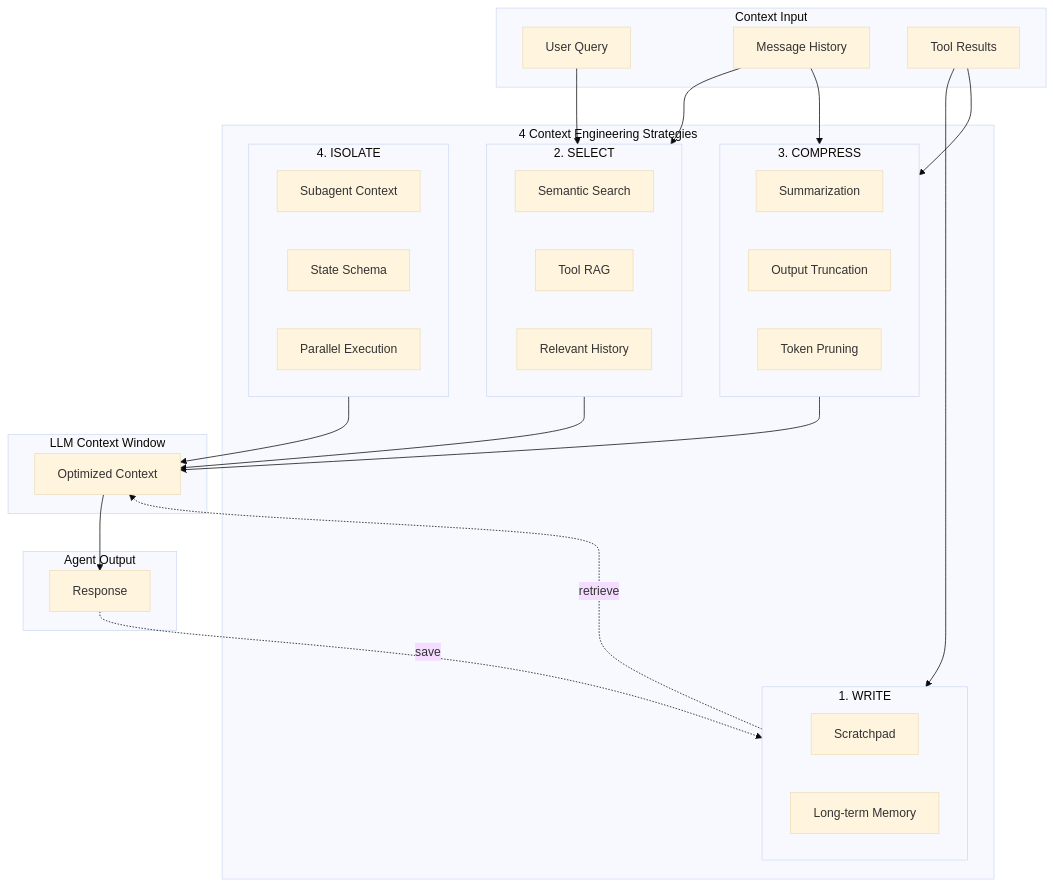
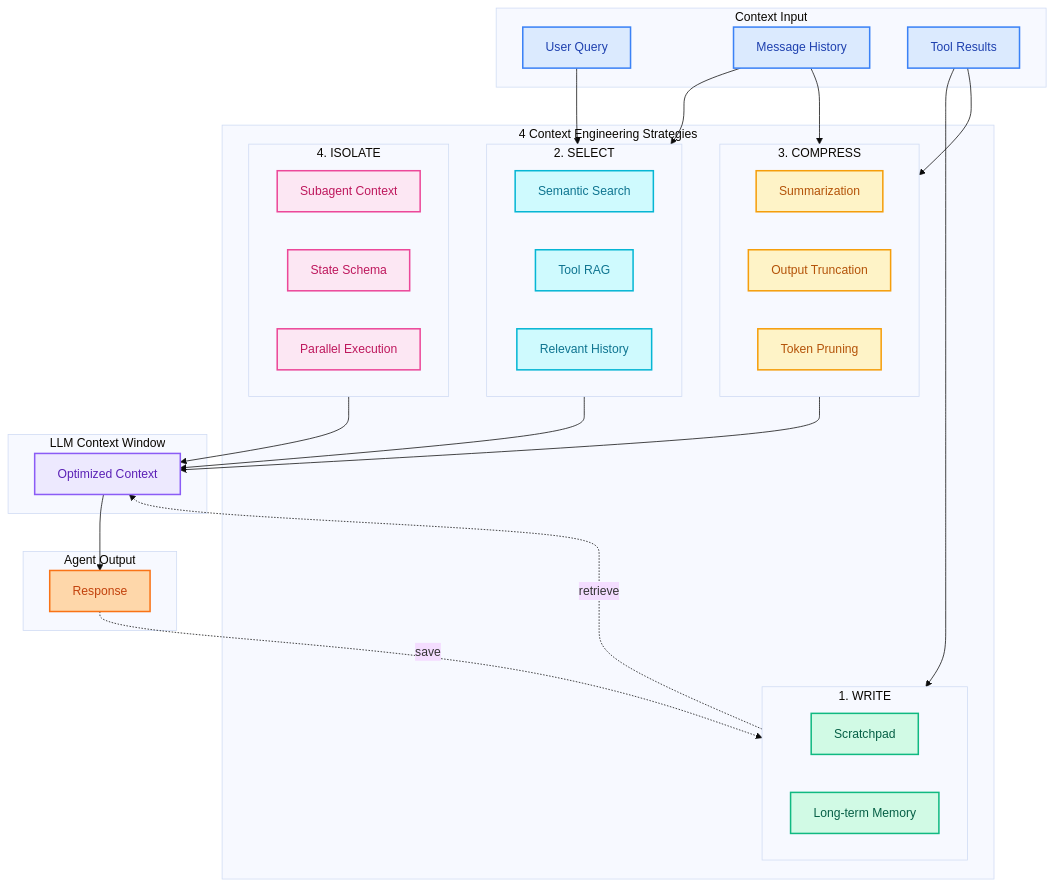
The diagram in docs/assets/diagrams/future_improvements/context_engineering.mmd (mhokchuekchuek/mtl_agent), drawn with Mermaid (base theme) before and after one commit. The commit also changed 10 other files, not shown here.

Commit message:
docs: update mermaid diagram files

```diff
--- a/docs/assets/diagrams/future_improvements/context_engineering.mmd
+++ b/docs/assets/diagrams/future_improvements/context_engineering.mmd
@@ -1,53 +1,69 @@
 flowchart TB
     subgraph Input["Context Input"]
         Q[User Query]
         H[Message History]
         T[Tool Results]
     end
 
     subgraph Strategies["4 Context Engineering Strategies"]
         subgraph Write["1. WRITE"]
             W1[Scratchpad]
             W2[Long-term Memory]
         end
 
         subgraph Select["2. SELECT"]
             S1[Semantic Search]
             S2[Tool RAG]
             S3[Relevant History]
         end
 
         subgraph Compress["3. COMPRESS"]
             C1[Summarization]
             C2[Output Truncation]
             C3[Token Pruning]
         end
 
         subgraph Isolate["4. ISOLATE"]
             I1[Subagent Context]
             I2[State Schema]
             I3[Parallel Execution]
         end
     end
 
     subgraph LLM["LLM Context Window"]
         CW[Optimized Context]
     end
 
     subgraph Output["Agent Output"]
         R[Response]
     end
 
     Q --> Select
     H --> Select
     H --> Compress
     T --> Write
     T --> Compress
 
     Select --> CW
     Compress --> CW
     Write -.->|retrieve| CW
     Isolate --> CW
 
     CW --> R
     R -.->|save| Write
+
+    classDef input fill:#dbeafe,stroke:#3b82f6,stroke-width:2px,color:#1e40af
+    classDef write fill:#d1fae5,stroke:#10b981,stroke-width:2px,color:#065f46
+    classDef select fill:#cffafe,stroke:#06b6d4,stroke-width:2px,color:#0e7490
+    classDef compress fill:#fef3c7,stroke:#f59e0b,stroke-width:2px,color:#b45309
+    classDef isolate fill:#fce7f3,stroke:#ec4899,stroke-width:2px,color:#be185d
+    classDef llm fill:#ede9fe,stroke:#8b5cf6,stroke-width:2px,color:#5b21b6
+    classDef output fill:#fed7aa,stroke:#f97316,stroke-width:2px,color:#c2410c
+
+    class Q,H,T input
+    class W1,W2 write
+    class S1,S2,S3 select
+    class C1,C2,C3 compress
+    class I1,I2,I3 isolate
+    class CW llm
+    class R output
```
